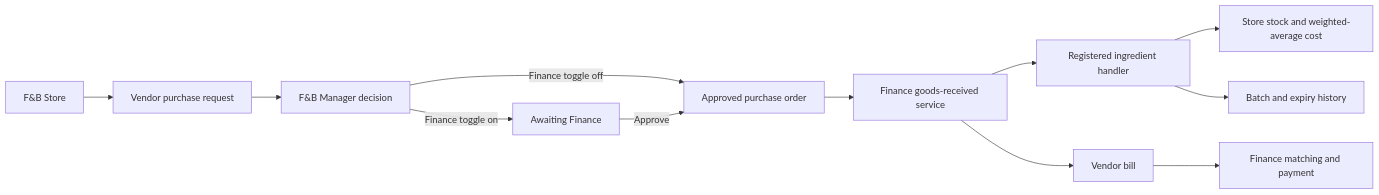
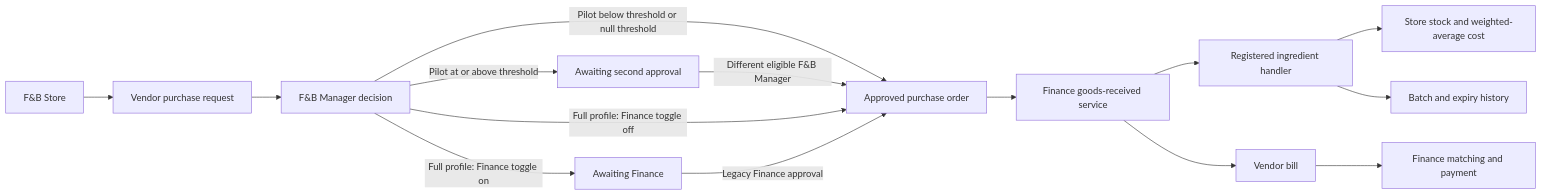
One commit to Baqir-Hassan/ims changed the second of 2 diagrams in docs/FNB_INVENTORY_FLOW.md. Above: the diagram before and after it, drawn with Mermaid. The commit also changed other lines of this file and 7 other files, not shown here.

````diff
--- a/docs/FNB_INVENTORY_FLOW.md
+++ b/docs/FNB_INVENTORY_FLOW.md
@@ -17,14 +17,17 @@
 ```mermaid
 flowchart LR
     Store[F&B Store] --> PR[Vendor purchase request]
     PR --> Manager[F&B Manager decision]
-    Manager -->|Finance toggle off| PO[Approved purchase order]
-    Manager -->|Finance toggle on| Queue[Awaiting Finance]
-    Queue -->|Approve| PO
+    Manager -->|Pilot below threshold or null threshold| PO[Approved purchase order]
+    Manager -->|Pilot at or above threshold| Second[Awaiting second approval]
+    Second -->|Different eligible F&B Manager| PO
+    Manager -->|Full profile: Finance toggle off| PO
+    Manager -->|Full profile: Finance toggle on| Queue[Awaiting Finance]
+    Queue -->|Legacy Finance approval| PO
     PO --> GRN[Finance goods-received service]
     GRN --> Handler[Registered ingredient handler]
     Handler --> Stock[Store stock and weighted-average cost]
     Handler --> Batch[Batch and expiry history]
     GRN --> Bill[Vendor bill]
     Bill --> Payables[Finance matching and payment]
 ```
````
